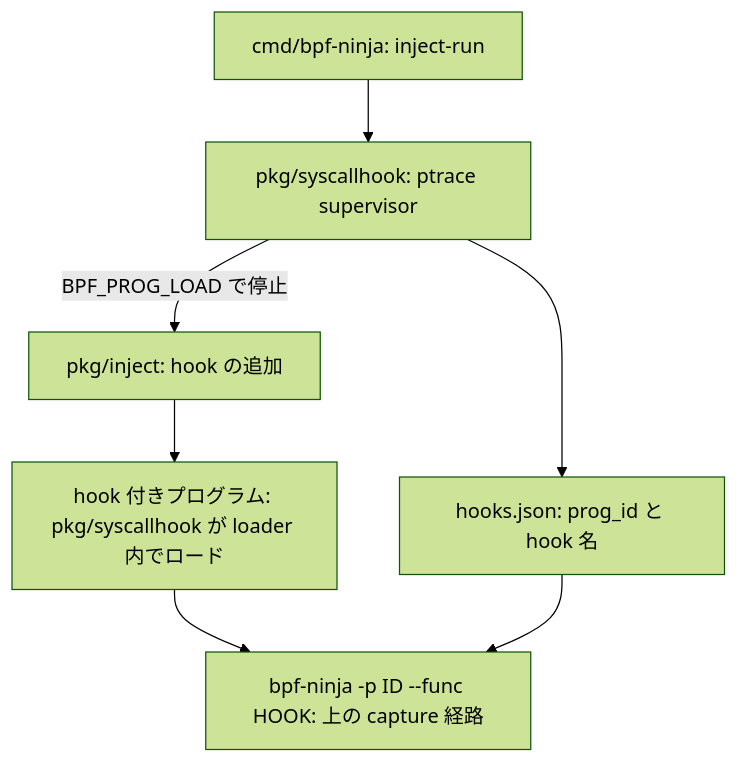
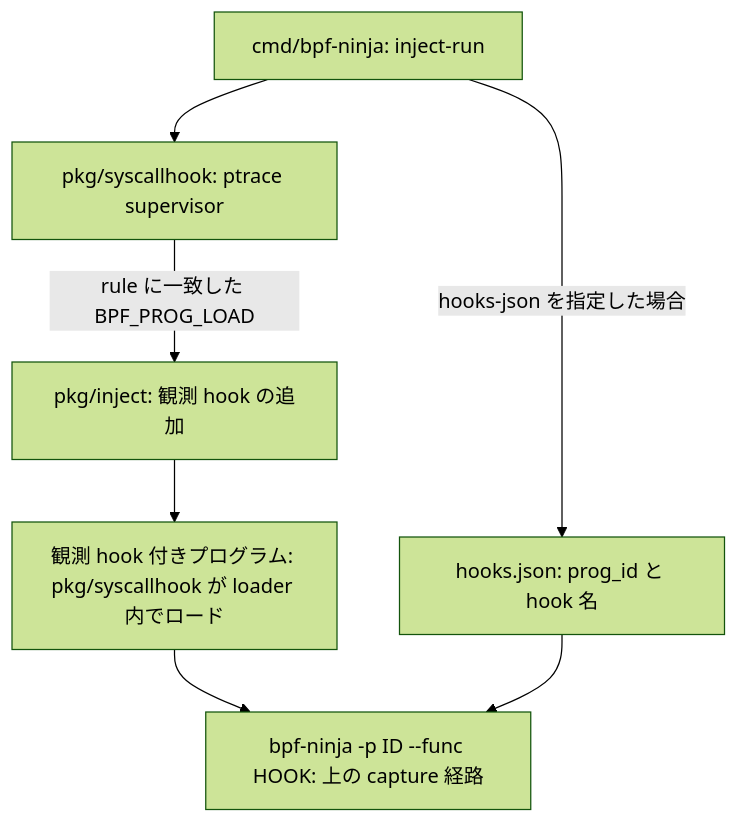
One commit to takehaya/bpf-ninja changed the second of 2 diagrams in docs/ja/architecture/README.md. Above: the diagram before and after it, drawn with Mermaid (forest theme). The commit also changed other lines of this file, not shown here.

First line of the commit message:
docs(architecture): attach at the target function, not at the hook

````diff
--- a/docs/ja/architecture/README.md
+++ b/docs/ja/architecture/README.md
@@ -22,9 +32,9 @@
 ```mermaid
 flowchart TD
   run["cmd/bpf-ninja: inject-run"] --> sup["pkg/syscallhook: ptrace supervisor"]
-  sup -- "BPF_PROG_LOAD で停止" --> inject["pkg/inject: hook の追加"]
-  inject --> loaded["hook 付きプログラム: pkg/syscallhook が loader 内でロード"]
-  sup --> hooks["hooks.json: prog_id と hook 名"]
+  sup -- "rule に一致した BPF_PROG_LOAD" --> inject["pkg/inject: 観測 hook の追加"]
+  inject --> loaded["観測 hook 付きプログラム: pkg/syscallhook が loader 内でロード"]
+  run -- "hooks-json を指定した場合" --> hooks["hooks.json: prog_id と hook 名"]
   loaded --> func["bpf-ninja -p ID --func HOOK: 上の capture 経路"]
   hooks --> func
 ```
````
